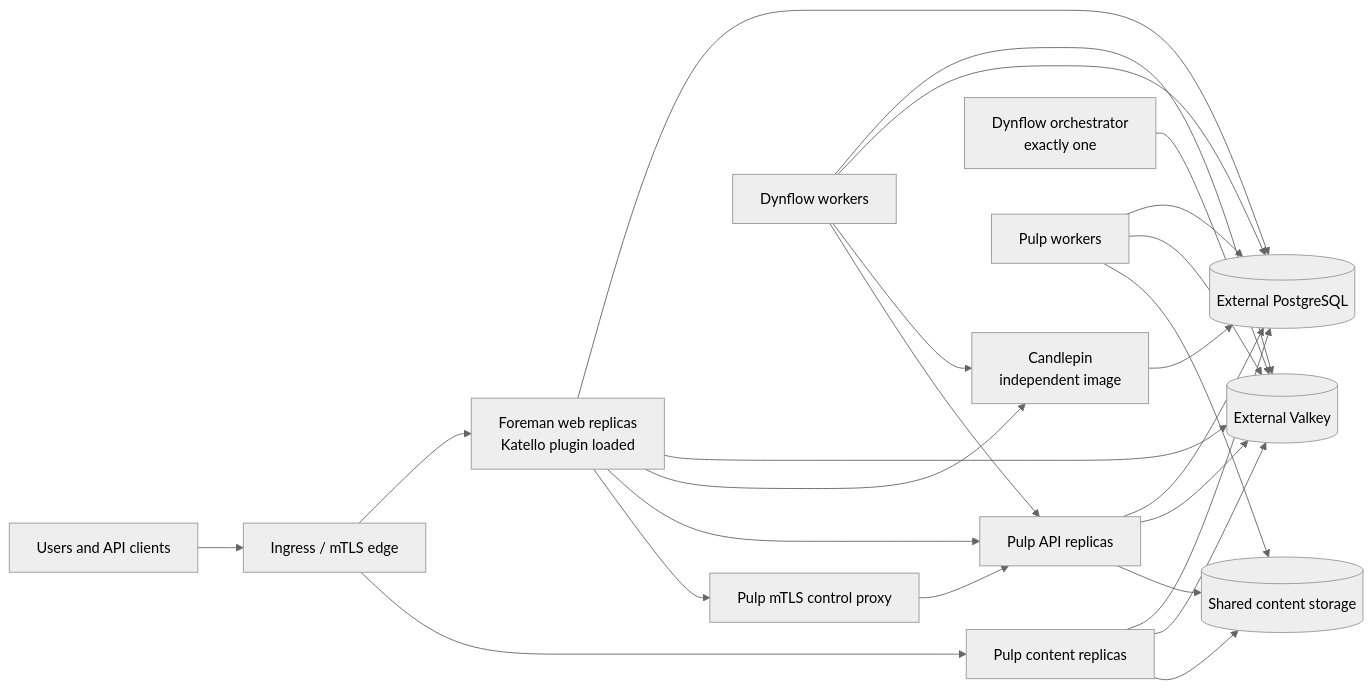
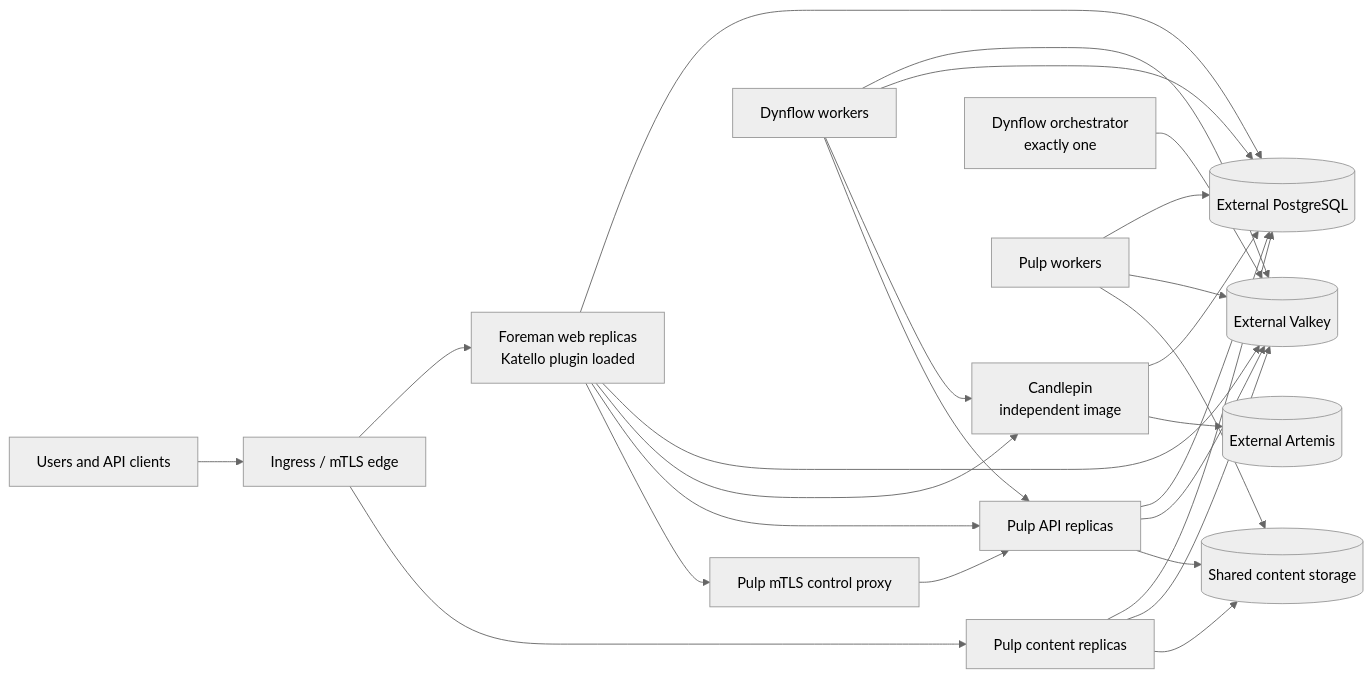
One commit to jakduch/foreman-kubernetes changed the diagram in docs/architecture.md. Above: the diagram before and after it, drawn with Mermaid (neutral theme). The commit also changed other lines of this file and 16 other files, not shown here.

````diff
--- a/docs/architecture.md
+++ b/docs/architecture.md
@@ -7,29 +7,30 @@
 ```mermaid
 flowchart LR
   Client[Users and API clients] --> Edge[Ingress / mTLS edge]
   Edge --> Foreman[Foreman web replicas\nKatello plugin loaded]
   Foreman --> DB[(External PostgreSQL)]
   Foreman --> Valkey[(External Valkey)]
   Foreman --> Candlepin[Candlepin\nindependent image]
   Foreman --> PulpAPI[Pulp API replicas]
   Edge --> PulpContent[Pulp content replicas]
   Foreman --> PulpControl[Pulp mTLS control proxy]
   PulpControl --> PulpAPI
 
   Orchestrator[Dynflow orchestrator\nexactly one] --> Valkey
   Worker[Dynflow workers] --> Valkey
   Worker --> DB
   Worker --> Candlepin
   Worker --> PulpAPI
 
   PulpAPI --> DB
   PulpAPI --> Valkey
   PulpContent --> DB
   PulpContent --> Valkey
   PulpWorker[Pulp workers] --> DB
   PulpWorker --> Valkey
   PulpAPI --> RWX[(Shared content storage)]
   PulpContent --> RWX
   PulpWorker --> RWX
   Candlepin --> DB
+  Candlepin --> Artemis[(External Artemis)]
 ```
````
